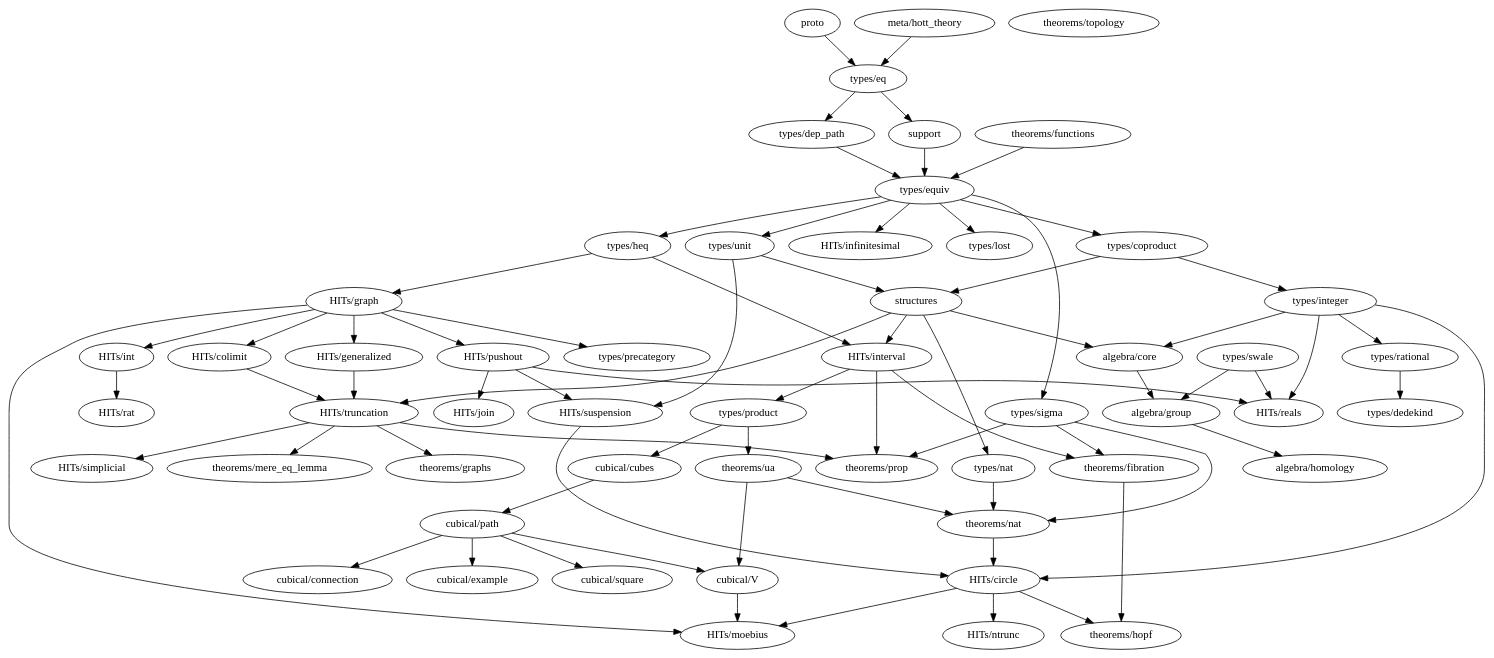
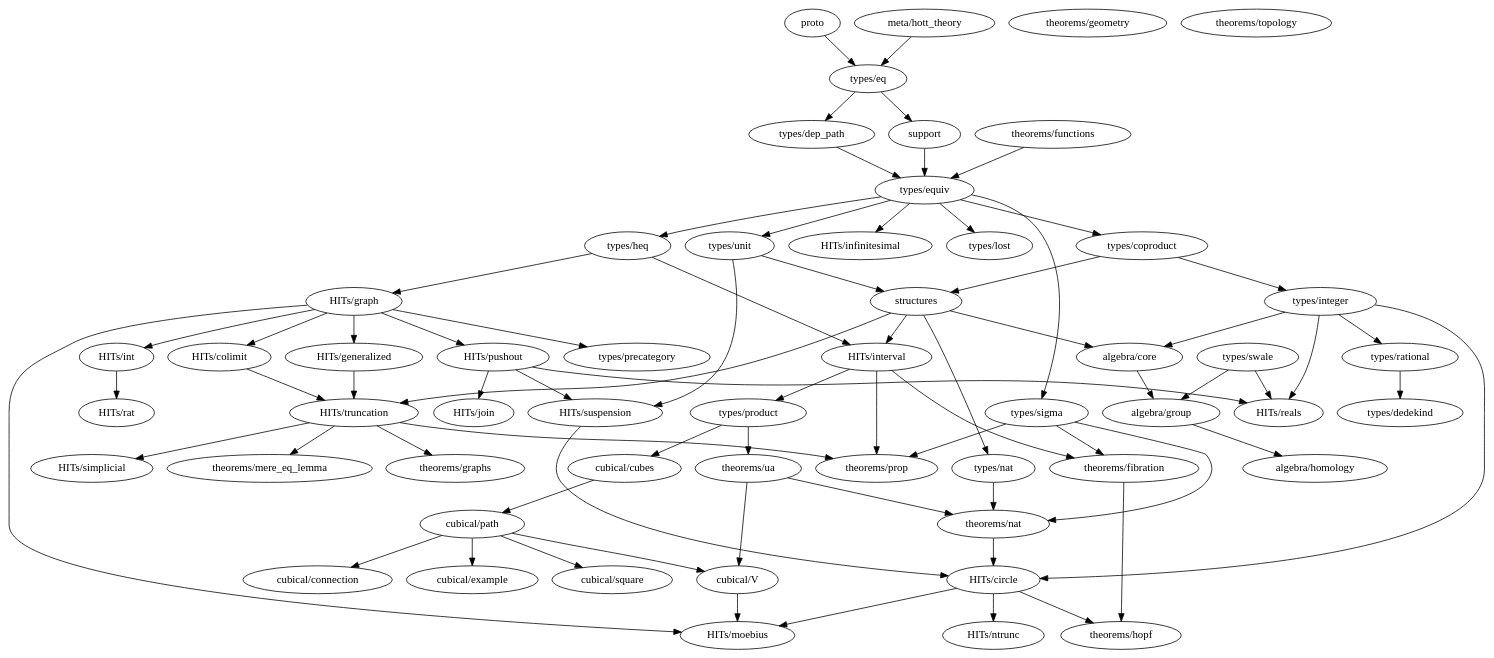
Before and after one commit to forked-from-1kasper/ground_zero: the diagram in dependency_map.gv, drawn with Graphviz. The commit also changed 4 other files, not shown here.

```diff
--- a/dependency_map.gv
+++ b/dependency_map.gv
@@ -1,114 +1,115 @@
 digraph dependency_map {
   proto -> "types/eq"
   "meta/hott_theory" -> "types/eq"
   support -> "types/equiv"
   structures -> {
     "HITs/interval",
     "HITs/truncation",
     "algebra/core",
     "types/nat"
   }
 
   subgraph algebra {
     "algebra/core" -> "algebra/group"
     "algebra/group" -> "algebra/homology"
     "algebra/homology"
   }
 
   subgraph types {
     "types/coproduct" -> { "types/integer", structures }
     "types/dedekind"
     "types/dep_path" -> "types/equiv"
     "types/eq" -> { "types/dep_path", support }
     "types/equiv" -> {
       "types/heq",
       "HITs/infinitesimal",
       "types/coproduct",
       "types/lost",
       "types/unit",
       "types/sigma"
     }
     "types/heq" -> {
       "HITs/interval",
       "HITs/graph"
     }
     "types/integer" -> {
       "HITs/circle",
       "HITs/reals",
       "algebra/core",
       "types/rational"
     }
     "types/lost"
     "types/nat" -> { "theorems/nat" }
     "types/product" -> { "cubical/cubes", "theorems/ua" }
     "types/rational" -> { "types/dedekind" }
     "types/sigma" -> { "theorems/fibration", "theorems/prop", "theorems/nat" }
     "types/swale" -> { "HITs/reals", "algebra/group" }
     "types/unit" -> { structures, "HITs/suspension" }
   }
 
   subgraph HITs {
     "HITs/circle" -> { "HITs/ntrunc", "theorems/hopf", "HITs/moebius" }
     "HITs/colimit" -> "HITs/truncation"
     "HITs/generalized" -> "HITs/truncation"
     "HITs/graph" -> {
       "HITs/colimit",
       "HITs/generalized",
       "HITs/int",
       "HITs/pushout",
       "HITs/moebius",
       "types/precategory"
     }
     "HITs/infinitesimal"
     "HITs/int" -> "HITs/rat"
     "HITs/interval" -> {
       "types/product",
       "theorems/prop",
       "theorems/fibration"
     }
     "HITs/join"
     "HITs/moebius"
     "HITs/ntrunc"
     "HITs/pushout" -> {
       "HITs/join",
       "HITs/reals",
       "HITs/suspension"
     }
     "HITs/rat"
     "HITs/reals"
     "HITs/simplicial"
     "HITs/suspension" -> "HITs/circle"
     "HITs/truncation" -> {
       "theorems/mere_eq_lemma",
       "theorems/prop",
       "theorems/graphs",
       "HITs/simplicial"
     }
   }
 
   subgraph cubical {
     "cubical/connection"
     "cubical/cubes" -> "cubical/path"
     "cubical/example"
     "cubical/path" -> {
       "cubical/square",
       "cubical/example",
       "cubical/V",
       "cubical/connection"
     }
     "cubical/square"
     "cubical/V" -> "HITs/moebius"
   }
 
   subgraph theorems {
     "theorems/fibration" -> { "theorems/hopf" }
     "theorems/functions" -> { "types/equiv" }
+    "theorems/geometry"
     "theorems/graphs"
     "theorems/hopf"
     "theorems/mere_eq_lemma"
     "theorems/nat" -> { "HITs/circle" }
     "theorems/prop"
     "theorems/topology"
     "theorems/ua" -> { "theorems/nat", "cubical/V" }
   }
 }
```
